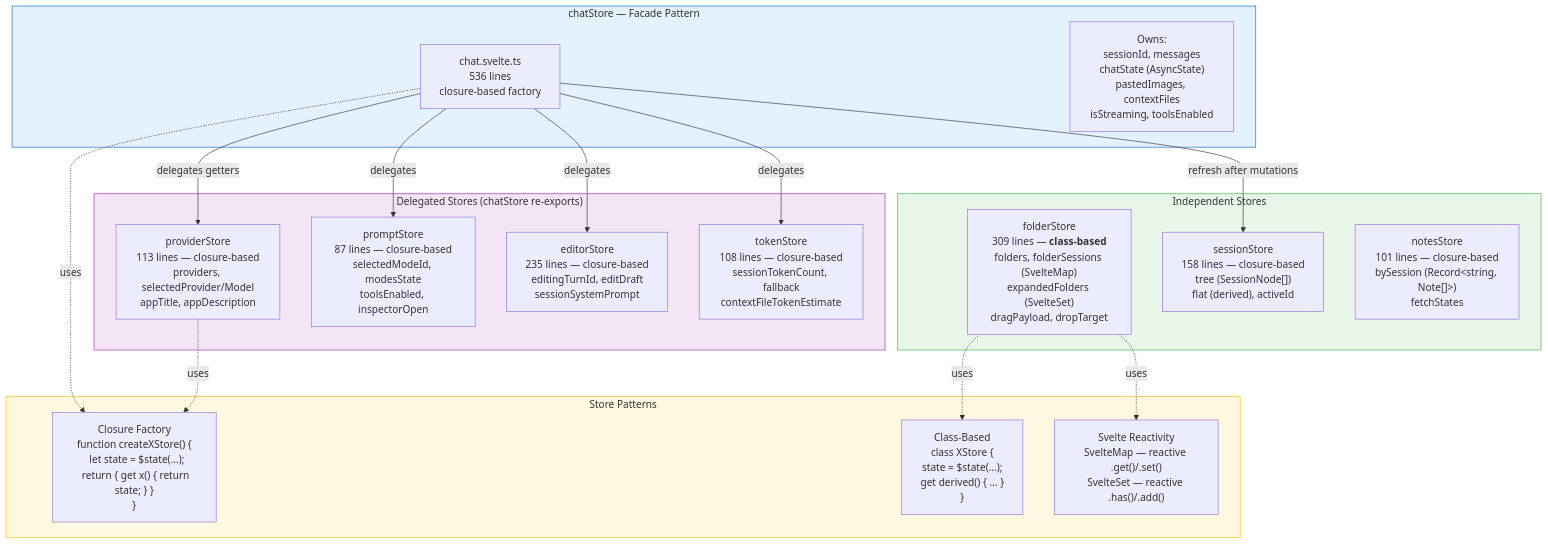
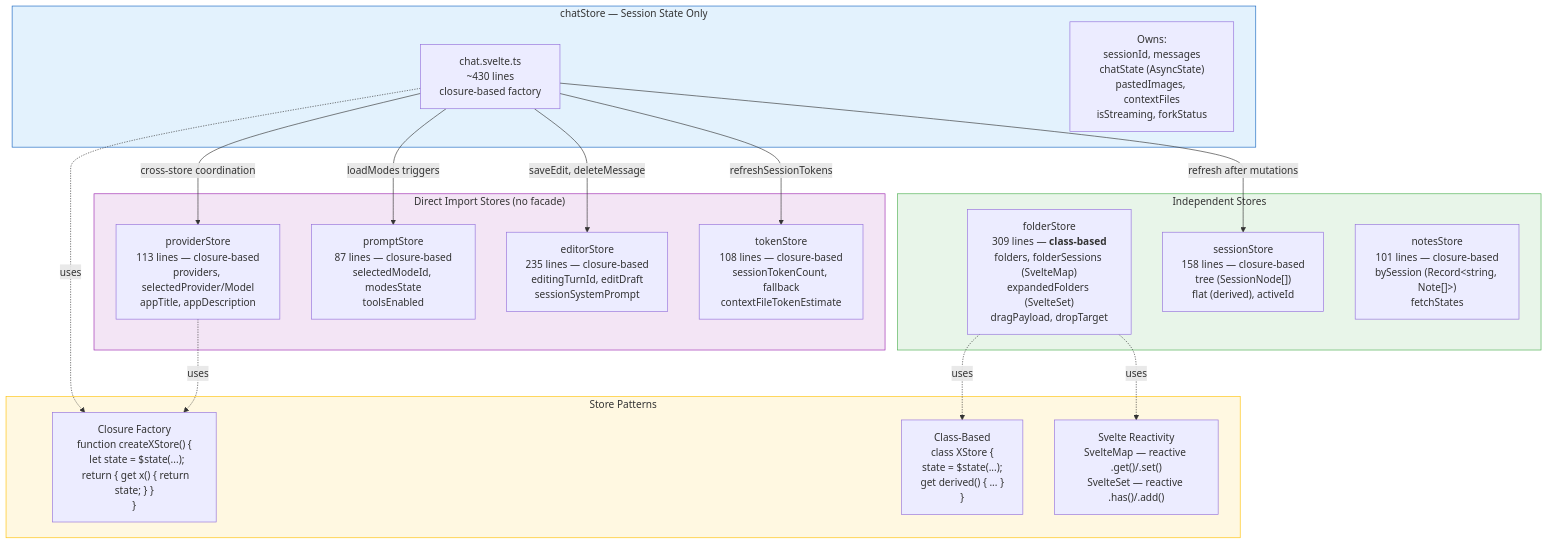
Before and after one commit to m1981/kuchnie: the second of 12 diagrams in kitchen-agent/docs/specs/frontend-diagrams.md, drawn with Mermaid. The commit also changed other lines of this file and 1 other file, not shown here.

First line of the commit message:
docs: mark Phase 2 complete in refactor plan and diagrams

````diff
--- a/kitchen-agent/docs/specs/frontend-diagrams.md
+++ b/kitchen-agent/docs/specs/frontend-diagrams.md
@@ -112,42 +112,42 @@
 ```mermaid
 graph TB
-    subgraph Facade["chatStore — Facade Pattern"]
-        ChatCore["chat.svelte.ts<br/>536 lines<br/>closure-based factory"]
-        ChatOwns["Owns:<br/>sessionId, messages<br/>chatState (AsyncState)<br/>pastedImages, contextFiles<br/>isStreaming, toolsEnabled"]
+    subgraph Facade["chatStore — Session State Only"]
+        ChatCore["chat.svelte.ts<br/>~430 lines<br/>closure-based factory"]
+        ChatOwns["Owns:<br/>sessionId, messages<br/>chatState (AsyncState)<br/>pastedImages, contextFiles<br/>isStreaming, forkStatus"]
     end
 
-    subgraph Delegated["Delegated Stores (chatStore re-exports)"]
+    subgraph DirectStores["Direct Import Stores (no facade)"]
         ProviderStore["providerStore<br/>113 lines — closure-based<br/>providers, selectedProvider/Model<br/>appTitle, appDescription"]
-        PromptStore["promptStore<br/>87 lines — closure-based<br/>selectedModeId, modesState<br/>toolsEnabled, inspectorOpen"]
+        PromptStore["promptStore<br/>87 lines — closure-based<br/>selectedModeId, modesState<br/>toolsEnabled"]
         EditorStore["editorStore<br/>235 lines — closure-based<br/>editingTurnId, editDraft<br/>sessionSystemPrompt"]
         TokenStore["tokenStore<br/>108 lines — closure-based<br/>sessionTokenCount, fallback<br/>contextFileTokenEstimate"]
     end
 
     subgraph Independent["Independent Stores"]
         FolderStore["folderStore<br/>309 lines — <b>class-based</b><br/>folders, folderSessions (SvelteMap)<br/>expandedFolders (SvelteSet)<br/>dragPayload, dropTarget"]
         SessionStore["sessionStore<br/>158 lines — closure-based<br/>tree (SessionNode[])<br/>flat (derived), activeId"]
         NotesStore["notesStore<br/>101 lines — closure-based<br/>bySession (Record&lt;string, Note[]&gt;)<br/>fetchStates"]
     end
 
     subgraph Patterns["Store Patterns"]
         Closure["Closure Factory<br/>function createXStore() {<br/>  let state = $state(...);<br/>  return { get x() { return state; } }<br/>}"]
         ClassBased["Class-Based<br/>class XStore {<br/>  state = $state(...);<br/>  get derived() { ... }<br/>}"]
         SvelteReactivity["Svelte Reactivity<br/>SvelteMap — reactive .get()/.set()<br/>SvelteSet — reactive .has()/.add()"]
     end
 
-    ChatCore -->|"delegates getters"| ProviderStore
-    ChatCore -->|"delegates"| PromptStore
-    ChatCore -->|"delegates"| EditorStore
-    ChatCore -->|"delegates"| TokenStore
+    ChatCore -->|"cross-store coordination"| ProviderStore
+    ChatCore -->|"loadModes triggers"| PromptStore
+    ChatCore -->|"saveEdit, deleteMessage"| EditorStore
+    ChatCore -->|"refreshSessionTokens"| TokenStore
     ChatCore -->|"refresh after mutations"| SessionStore
 
     FolderStore -.->|"uses"| ClassBased
     FolderStore -.->|"uses"| SvelteReactivity
     ChatCore -.->|"uses"| Closure
     ProviderStore -.->|"uses"| Closure
 
     style Facade fill:#e3f2fd,stroke:#1565C0
-    style Delegated fill:#f3e5f5,stroke:#9C27B0
+    style DirectStores fill:#f3e5f5,stroke:#9C27B0
     style Independent fill:#e8f5e9,stroke:#4CAF50
     style Patterns fill:#fff8e1,stroke:#FFC107
 ```
````
